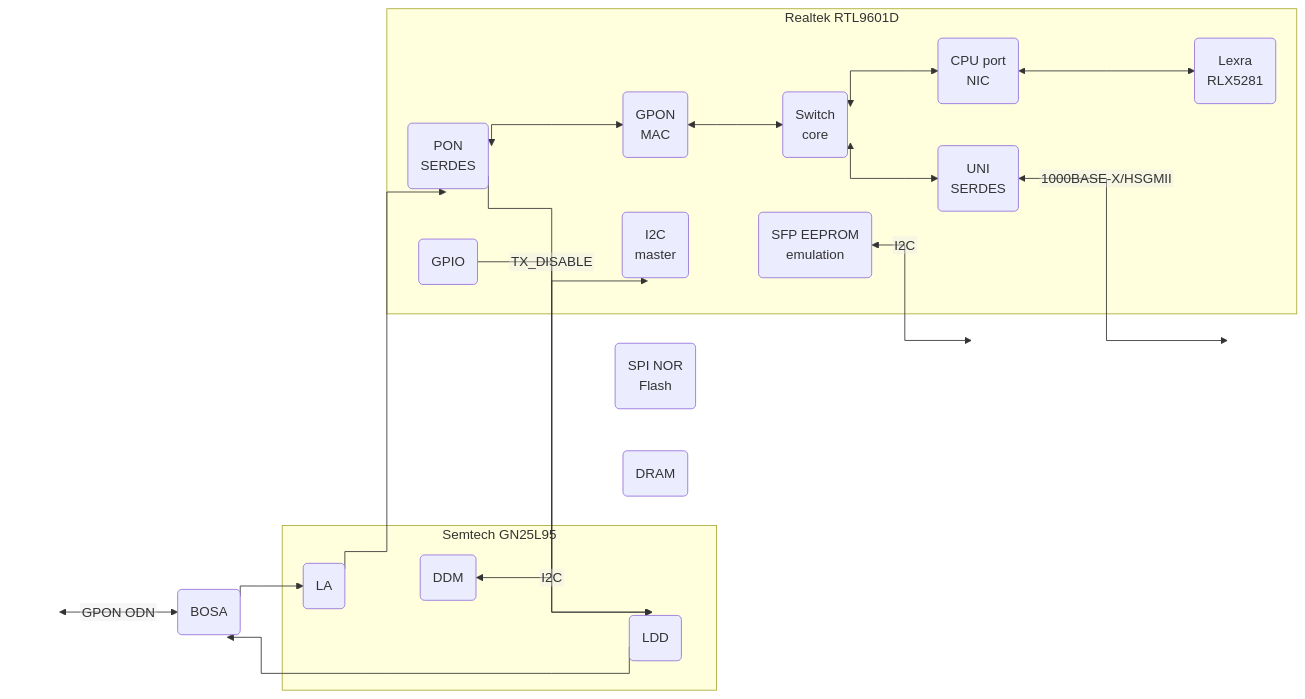
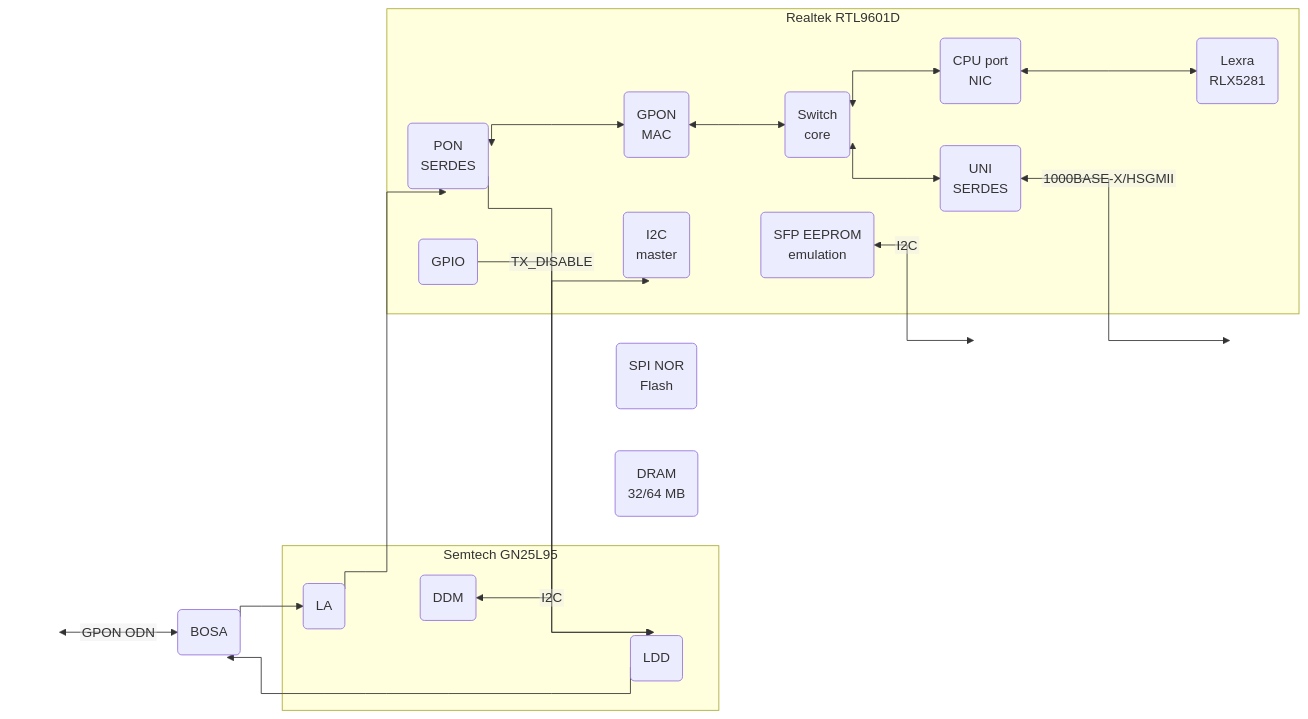
Before and after one commit to hack-gpon/hack-gpon.github.io: the diagram in ont/_partials/ont-realtek-rtl9601d-architecture.md, drawn with Mermaid. The commit also changed other lines of this file and 1 other file, not shown here.

Commit message:
Generalise RTL9601D architecture partial and include it in DFP-34X-2C2
The Realtek based DFP-34X-xx / DFP-34G-xx sticks (2C2, 2C3, 2IY3, Luleey
LL-XS2510) share the same SoC and optics; RAM is 32 or 64 MB.

Claude-Session: https://claude.ai/code/session_01SyVio7u8mwqPWRUE3evfAU

````diff
--- a/ont/_partials/ont-realtek-rtl9601d-architecture.md
+++ b/ont/_partials/ont-realtek-rtl9601d-architecture.md
@@ -5,38 +5,38 @@
 ```mermaid
 %%{ init: { 'flowchart': { 'htmlLabels': false, 'curve': 'stepBefore' } } }%%
 flowchart LR
   Z[" "] <-- GPON ODN --> A(BOSA)
 
   subgraph OPT [Semtech GN25L95]
     B("LDD") ~~~
     C("LA") ~~~
     M("DDM")
   end
 
   subgraph SOC [Realtek RTL9601D]
     D("PON<br/>SERDES") <-->
     E("GPON<br/>MAC") <-->
     F("Switch<br/>core") <-->
     G("UNI<br/>SERDES")
     N("CPU port<br/>NIC") <--> P("Lexra<br/>RLX5281")
     H("I2C<br/>master") ~~~ S("SFP EEPROM<br/>emulation")
     T("GPIO")
     F <--> N
   end
 
   B --> A
   A --> C
   D --> B
   C --> D
   M <-- I2C --> H
   T -- TX_DISABLE --> B
 
   G <-- 1000BASE-X/HSGMII --> X[" "]
   S <-- I2C --> Y[" "]
 
   SOC ~~~ I("SPI NOR<br/>Flash")
-  SOC ~~~ R("DRAM")
+  SOC ~~~ R("DRAM<br/>32/64 MB")
 
   classDef ghost fill:transparent,stroke:transparent,color:transparent
   class Z,X,Y ghost
 ```
````
